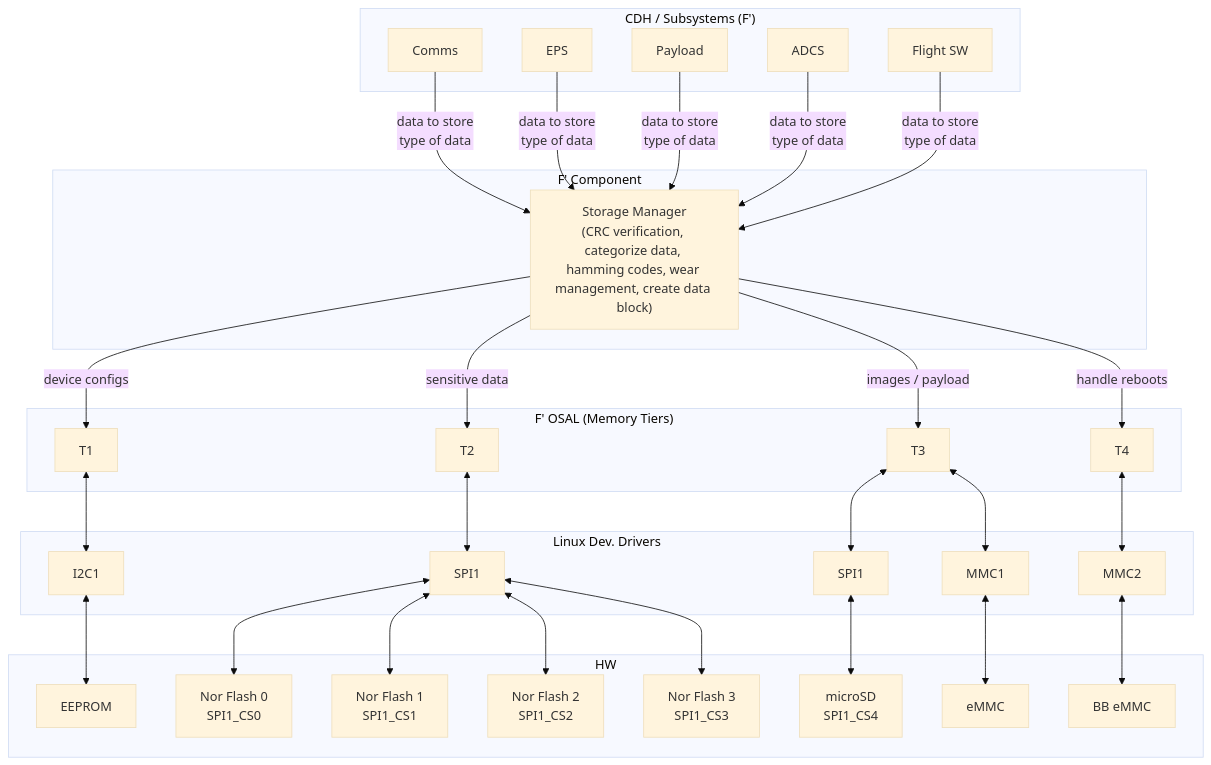
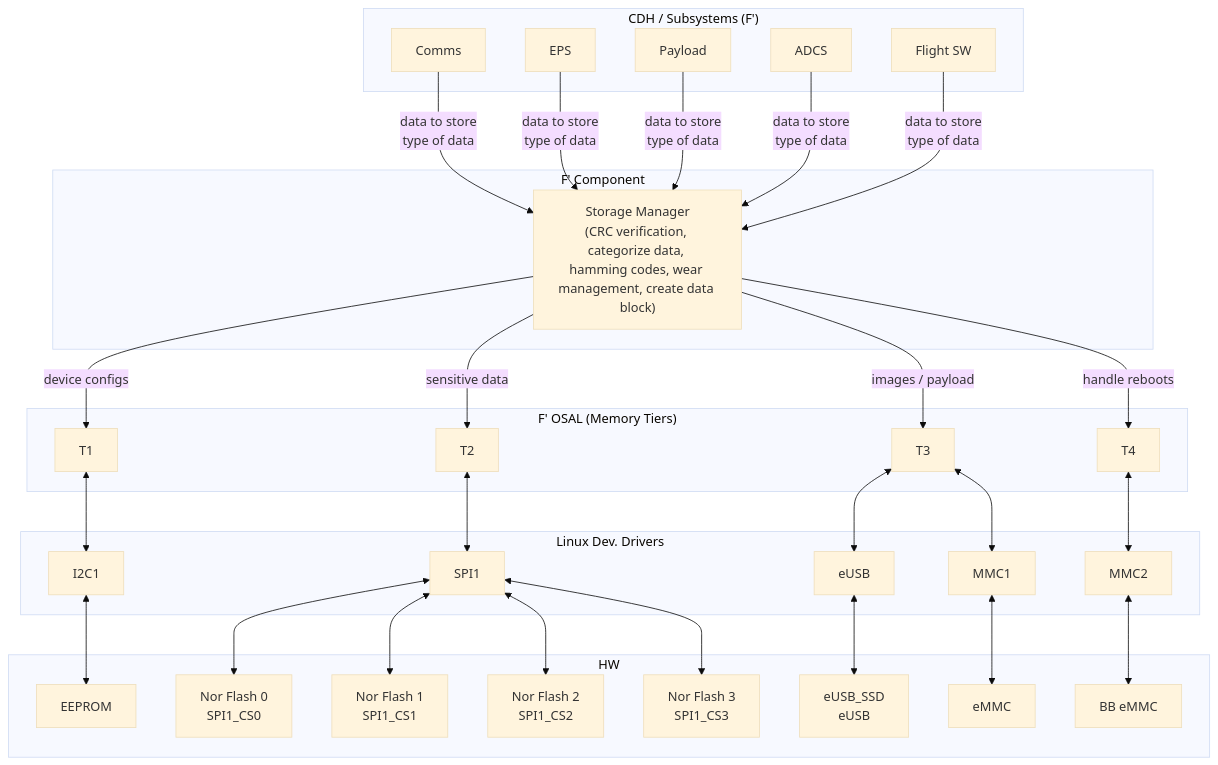
The third of 3 diagrams in docs/Core/FlightComputerMemory.md (UWCubeSat/hs2-software-design), drawn with Mermaid (base theme) before and after one commit. The commit also changed other lines of this file, not shown here.

````diff
--- a/docs/Core/FlightComputerMemory.md
+++ b/docs/Core/FlightComputerMemory.md
@@ -59,70 +59,70 @@
 ```mermaid
 graph TD
     subgraph CDH_Subsystems ["CDH / Subsystems (F')"]
         Comms[Comms]
         EPS[EPS]
         Payload[Payload]
         ADCS[ADCS]
         FlightSW[Flight SW]
     end
 
     subgraph F_Component ["F' Component"]
         StorageManager["Storage Manager<br/>(CRC verification, categorize data, hamming codes, wear management, create data block)"]
     end
 
     subgraph F_OSAL ["F' OSAL (Memory Tiers)"]
         T1_Interface[T1]
         T2_Interface[T2]
         T3_Interface[T3]
         T4_Interface[T4]
     end
 
     subgraph Linux_Drivers ["Linux Dev. Drivers"]
         I2C[I2C1]
         SPI1[SPI1]
-        SPI2[SPI1]
+        eUSB[eUSB]
         MMC1[MMC1]
         MMC2[MMC2]
     end
 
     subgraph HW ["HW"]
         EEPROM_HW[EEPROM]
         NOR0_HW[Nor Flash 0<br/>SPI1_CS0]
         NOR1_HW[Nor Flash 1<br/>SPI1_CS1]
         NOR2_HW[Nor Flash 2<br/>SPI1_CS2]
         NOR3_HW[Nor Flash 3<br/>SPI1_CS3]
-        microSD_HW[microSD<br/>SPI1_CS4]
+        eUSB_SSD_HW[eUSB_SSD<br/>eUSB]
         eMMC_HW[eMMC]
         BB_eMMC_HW[BB eMMC]
     end
 
     %% Data Flow - CDH Subsystems to Storage Manager
     Comms -->|data to store<br/>type of data| StorageManager
     EPS -->|data to store<br/>type of data| StorageManager
     Payload -->|data to store<br/>type of data| StorageManager
     ADCS -->|data to store<br/>type of data| StorageManager
     FlightSW -->|data to store<br/>type of data| StorageManager
     
     %% Storage Manager to Tiers
     StorageManager -- "device configs" --> T1_Interface
     StorageManager -- "sensitive data" --> T2_Interface
     StorageManager -- "images / payload" --> T3_Interface
     StorageManager -- "handle reboots" --> T4_Interface
 
     %% Interfaces to Drivers
     T1_Interface <--> I2C
     T2_Interface <--> SPI1
-    T3_Interface <--> SPI2
+    T3_Interface <--> eUSB
     T3_Interface <--> MMC1
     T4_Interface <--> MMC2
 
     %% Drivers to HW
     I2C <--> EEPROM_HW
     SPI1 <--> NOR0_HW
     SPI1 <--> NOR1_HW
     SPI1 <--> NOR2_HW
     SPI1 <--> NOR3_HW
-    SPI2 <--> microSD_HW
+    eUSB <--> eUSB_SSD_HW
     MMC1 <--> eMMC_HW
     MMC2 <--> BB_eMMC_HW
 ```
````
